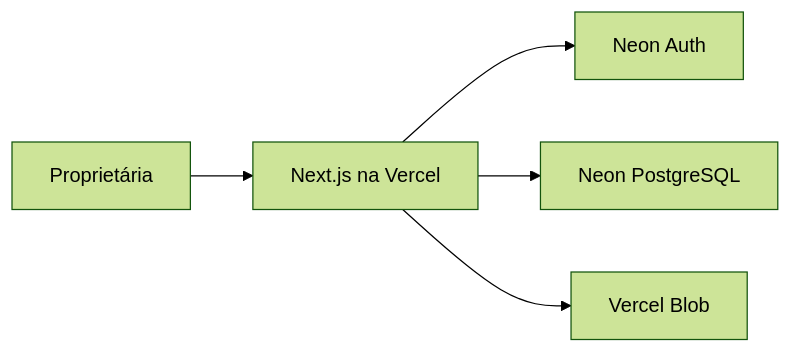
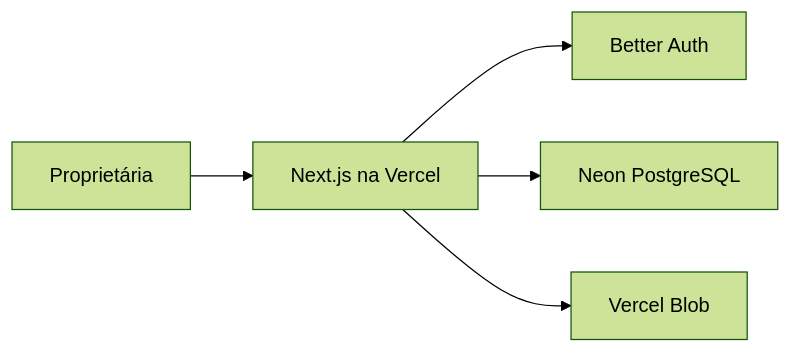
The diagram in docs/ARCHITECTURE.md (InovaceTECH/Sir-Modas), drawn with Mermaid (forest theme) before and after one commit. The commit also changed other lines of this file and 124 other files, not shown here.

````diff
--- a/docs/ARCHITECTURE.md
+++ b/docs/ARCHITECTURE.md
@@ -7,7 +7,7 @@
 ```mermaid
 flowchart LR
   U[Proprietária] --> N[Next.js na Vercel]
-  N --> A[Neon Auth]
+  N --> A[Better Auth]
   N --> D[Neon PostgreSQL]
   N --> B[Vercel Blob]
 ```
````
